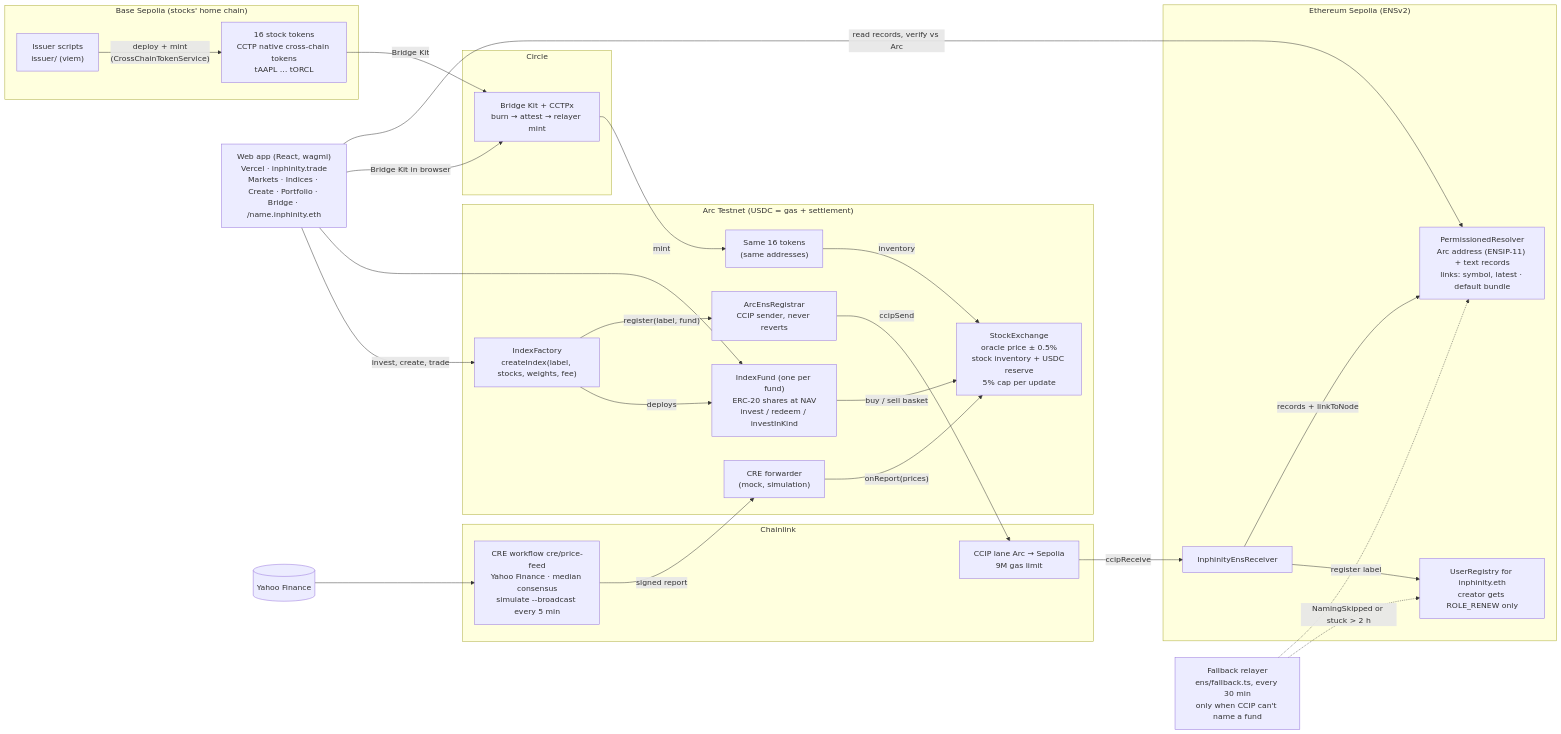
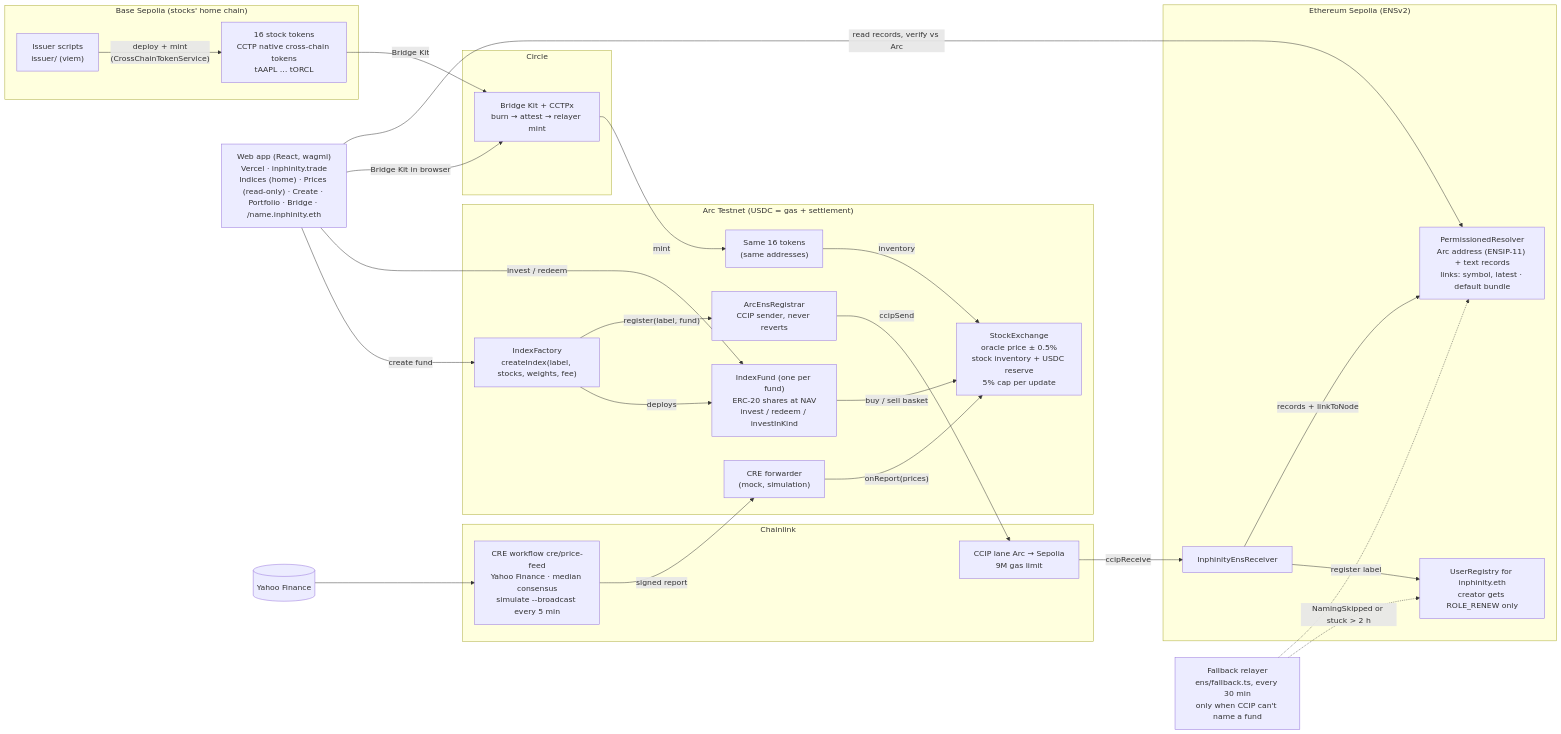
Before and after one commit to Ramitphi/inphinity: the diagram in docs/ARCHITECTURE.md, drawn with Mermaid. The commit also changed other lines of this file and 4 other files, not shown here.

First line of the commit message:
Docs: rewrite submission and video script for the index-only app

````diff
--- a/docs/ARCHITECTURE.md
+++ b/docs/ARCHITECTURE.md
@@ -3,53 +3,53 @@
 ```mermaid
 flowchart LR
   subgraph BASE["Base Sepolia (stocks' home chain)"]
     ISS["Issuer scripts<br/>issuer/ (viem)"]
     TOK_B["16 stock tokens<br/>CCTP native cross-chain tokens<br/>tAAPL … tORCL"]
     ISS -->|"deploy + mint<br/>(CrossChainTokenService)"| TOK_B
   end
 
   subgraph CIRCLE["Circle"]
     BK["Bridge Kit + CCTPx<br/>burn → attest → relayer mint"]
   end
 
   subgraph ARC["Arc Testnet (USDC = gas + settlement)"]
     TOK_A["Same 16 tokens<br/>(same addresses)"]
     EX["StockExchange<br/>oracle price ± 0.5%<br/>stock inventory + USDC reserve<br/>5% cap per update"]
     FAC["IndexFactory<br/>createIndex(label, stocks, weights, fee)"]
     FUND["IndexFund (one per fund)<br/>ERC-20 shares at NAV<br/>invest / redeem / investInKind"]
     FWD["CRE forwarder<br/>(mock, simulation)"]
     REG["ArcEnsRegistrar<br/>CCIP sender, never reverts"]
     TOK_A -->|"inventory"| EX
     FAC -->|"deploys"| FUND
     FUND -->|"buy / sell basket"| EX
     FWD -->|"onReport(prices)"| EX
     FAC -->|"register(label, fund)"| REG
   end
 
   subgraph CL["Chainlink"]
     CRE["CRE workflow cre/price-feed<br/>Yahoo Finance · median consensus<br/>simulate --broadcast every 5 min"]
     CCIP["CCIP lane Arc → Sepolia<br/>9M gas limit"]
   end
 
   subgraph SEP["Ethereum Sepolia (ENSv2)"]
     RCV["InphinityEnsReceiver"]
     UR["UserRegistry for inphinity.eth<br/>creator gets ROLE_RENEW only"]
     PR["PermissionedResolver<br/>Arc address (ENSIP-11) + text records<br/>links: symbol, latest · default bundle"]
     RCV -->|"register label"| UR
     RCV -->|"records + linkToNode"| PR
   end
 
   FB["Fallback relayer<br/>ens/fallback.ts, every 30 min<br/>only when CCIP can't name a fund"]
-  WEB["Web app (React, wagmi)<br/>Vercel · inphinity.trade<br/>Markets · Indices · Create · Portfolio · Bridge · /name.inphinity.eth"]
+  WEB["Web app (React, wagmi)<br/>Vercel · inphinity.trade<br/>Indices (home) · Prices (read-only) · Create · Portfolio · Bridge · /name.inphinity.eth"]
   YF[("Yahoo Finance")]
 
   TOK_B -->|"Bridge Kit"| BK -->|"mint"| TOK_A
   YF --> CRE -->|"signed report"| FWD
   REG -->|"ccipSend"| CCIP -->|"ccipReceive"| RCV
   FB -.->|"NamingSkipped or stuck > 2 h"| UR
   FB -.-> PR
-  WEB -->|"invest, create, trade"| FAC
-  WEB --> FUND
+  WEB -->|"create fund"| FAC
+  WEB -->|"invest / redeem"| FUND
   WEB -->|"Bridge Kit in browser"| BK
   WEB -->|"read records, verify vs Arc"| PR
 ```
````
